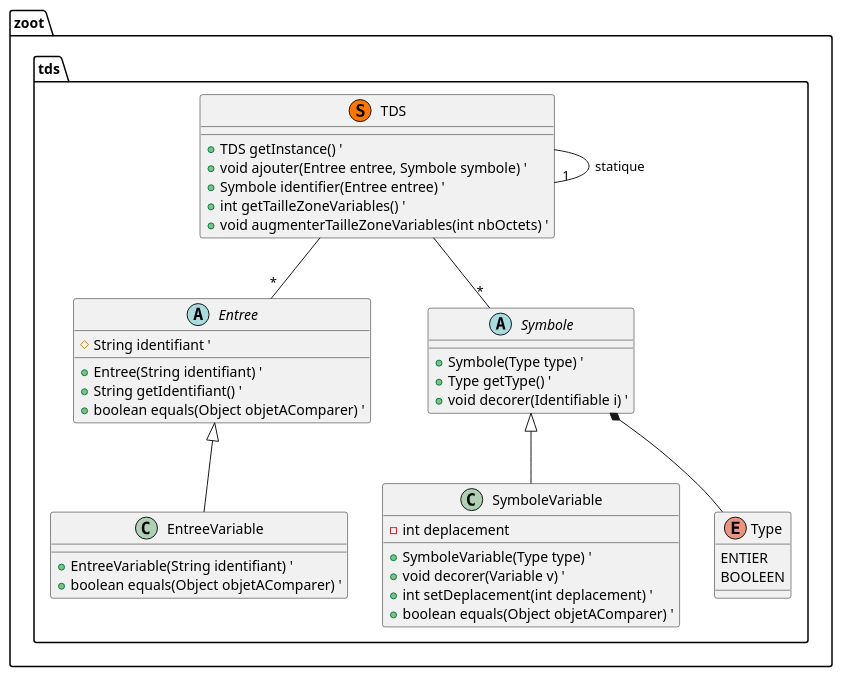
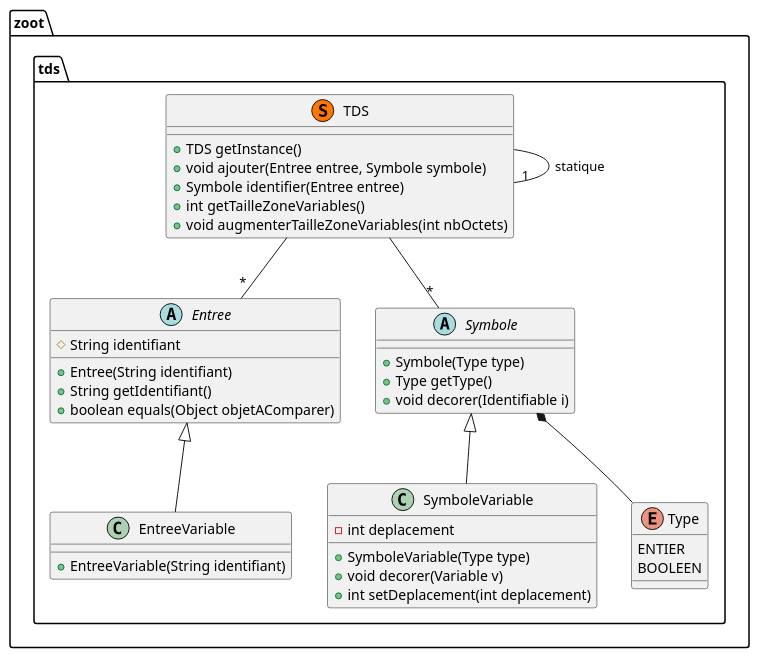
The diagram in diagrammes/classe/tds.puml (lmtb06/zoot), drawn with PlantUML before and after one commit. The commit also changed 6 other files, not shown here.

```diff
--- a/diagrammes/classe/tds.puml
+++ b/diagrammes/classe/tds.puml
@@ -1,55 +1,53 @@
 @startuml "tds"
 
 namespace zoot.tds {
   ' Includes
 
   ' Classes
   class TDS << (S,#FF7700) >> {
-    + TDS getInstance() '
-    + void ajouter(Entree entree, Symbole symbole) '
-    + Symbole identifier(Entree entree) '
-    + int getTailleZoneVariables() '
-    + void augmenterTailleZoneVariables(int nbOctets) '
+    + TDS getInstance()
+    + void ajouter(Entree entree, Symbole symbole)
+    + Symbole identifier(Entree entree)
+    + int getTailleZoneVariables()
+    + void augmenterTailleZoneVariables(int nbOctets)
   }
 
   abstract class Entree {
-    # String identifiant '
-    + Entree(String identifiant) '
-    + String getIdentifiant() '
-    + boolean equals(Object objetAComparer) '
+    # String identifiant
+    + Entree(String identifiant)
+    + String getIdentifiant()
+    + boolean equals(Object objetAComparer)
   }
 
   class EntreeVariable {
-    + EntreeVariable(String identifiant) '
-    + boolean equals(Object objetAComparer) '
+    + EntreeVariable(String identifiant)
   }
 
   abstract class Symbole {
-    + Symbole(Type type) '
-    + Type getType() '
-    + void decorer(Identifiable i) '
+    + Symbole(Type type)
+    + Type getType()
+    + void decorer(Identifiable i)
   }
 
   class SymboleVariable {
     - int deplacement
-    + SymboleVariable(Type type) '
-    + void decorer(Variable v) '
-    + int setDeplacement(int deplacement) '
-    + boolean equals(Object objetAComparer) '
+    + SymboleVariable(Type type)
+    + void decorer(Variable v)
+    + int setDeplacement(int deplacement)
   }
 
   enum Type {
     ENTIER
     BOOLEEN
   }
 
   ' Relations entre les classes
   TDS --"1" TDS : statique
   TDS --"*" Entree
   TDS --"*" Symbole
   Symbole *-- Type
   SymboleVariable -up-|> Symbole
   EntreeVariable -up-|> Entree
 }
 
 @enduml
```
